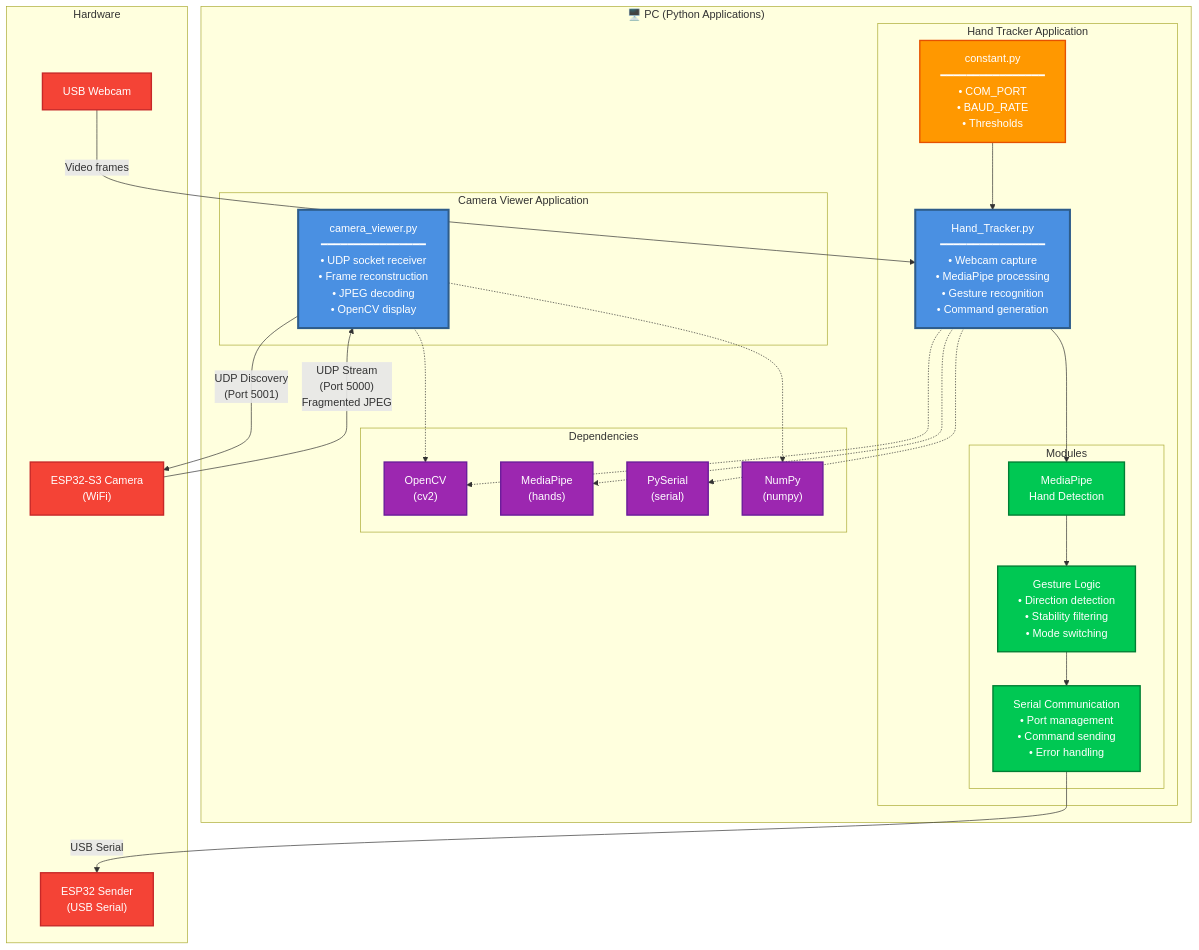
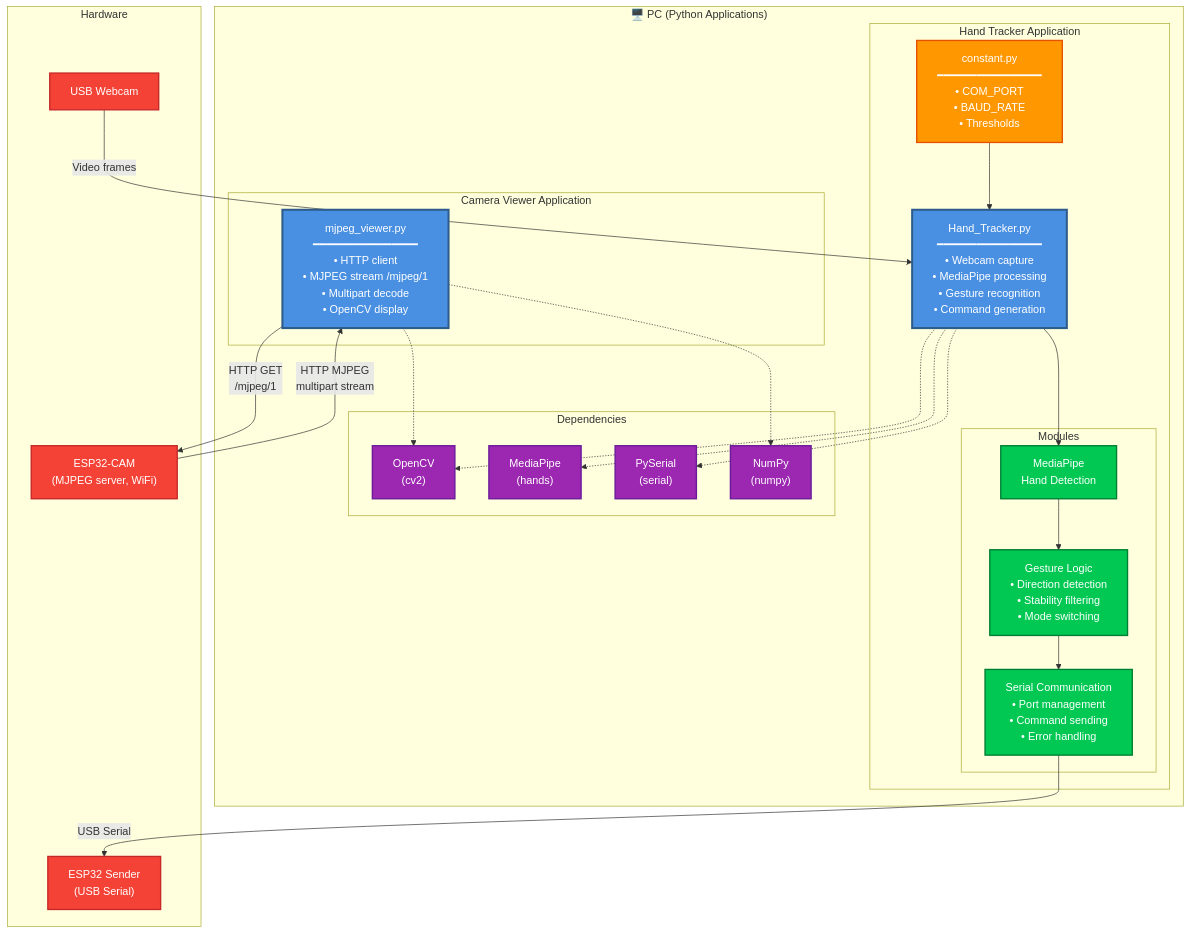
The eighth of 18 diagrams in docs/architecture.md (Yaniv23/final-project-gesture-car), drawn with Mermaid before and after one commit. The commit also changed other lines of this file and 20 other files, not shown here.

````diff
--- a/docs/architecture.md
+++ b/docs/architecture.md
@@ -347,61 +347,61 @@
 ```mermaid
 graph TB
     subgraph PC["🖥️ PC (Python Applications)"]
         subgraph HandTrackingApp["Hand Tracker Application"]
             HandTracker["Hand_Tracker.py<br/>━━━━━━━━━━━━━━━━<br/>• Webcam capture<br/>• MediaPipe processing<br/>• Gesture recognition<br/>• Command generation"]
             
             subgraph HandTrackingModules["Modules"]
                 MediaPipeModule["MediaPipe<br/>Hand Detection"]
                 GestureLogic["Gesture Logic<br/>• Direction detection<br/>• Stability filtering<br/>• Mode switching"]
                 SerialComm["Serial Communication<br/>• Port management<br/>• Command sending<br/>• Error handling"]
             end
             
             Config["constant.py<br/>━━━━━━━━━━━━━━━━<br/>• COM_PORT<br/>• BAUD_RATE<br/>• Thresholds"]
         end
         
         subgraph CameraApp["Camera Viewer Application"]
-            CameraViewer["camera_viewer.py<br/>━━━━━━━━━━━━━━━━<br/>• UDP socket receiver<br/>• Frame reconstruction<br/>• JPEG decoding<br/>• OpenCV display"]
+            CameraViewer["mjpeg_viewer.py<br/>━━━━━━━━━━━━━━━━<br/>• HTTP client<br/>• MJPEG stream /mjpeg/1<br/>• Multipart decode<br/>• OpenCV display"]
         end
         
         subgraph Dependencies["Dependencies"]
             OpenCV["OpenCV<br/>(cv2)"]
             MediaPipeLib["MediaPipe<br/>(hands)"]
             PySerial["PySerial<br/>(serial)"]
             NumPy["NumPy<br/>(numpy)"]
         end
     end
     
     subgraph Hardware["Hardware"]
         Webcam["USB Webcam"]
         ESP32Sender["ESP32 Sender<br/>(USB Serial)"]
-        ESP32Camera["ESP32-S3 Camera<br/>(WiFi)"]
+        ESP32Camera["ESP32-CAM<br/>(MJPEG server, WiFi)"]
     end
     
     Webcam -->|"Video frames"| HandTracker
     HandTracker --> MediaPipeModule
     MediaPipeModule --> GestureLogic
     GestureLogic --> SerialComm
     SerialComm -->|"USB Serial"| ESP32Sender
     Config --> HandTracker
     
-    CameraViewer -->|"UDP Discovery<br/>(Port 5001)"| ESP32Camera
-    ESP32Camera -->|"UDP Stream<br/>(Port 5000)<br/>Fragmented JPEG"| CameraViewer
+    CameraViewer -->|"HTTP GET<br/>/mjpeg/1"| ESP32Camera
+    ESP32Camera -->|"HTTP MJPEG<br/>multipart stream"| CameraViewer
     
     HandTracker -.-> OpenCV
     HandTracker -.-> MediaPipeLib
     HandTracker -.-> PySerial
     CameraViewer -.-> OpenCV
     CameraViewer -.-> NumPy
     
     classDef app fill:#4A90E2,stroke:#2E5C8A,stroke-width:3px,color:#fff
     classDef module fill:#00C853,stroke:#007E33,stroke-width:2px,color:#fff
     classDef config fill:#FF9800,stroke:#E65100,stroke-width:2px,color:#fff
     classDef dep fill:#9C27B0,stroke:#6A1B9A,stroke-width:2px,color:#fff
     classDef hw fill:#F44336,stroke:#C62828,stroke-width:2px,color:#fff
     
     class HandTracker,CameraViewer app
     class MediaPipeModule,GestureLogic,SerialComm module
     class Config config
     class OpenCV,MediaPipeLib,PySerial,NumPy dep
     class Webcam,ESP32Sender,ESP32Camera hw
 ```
````
